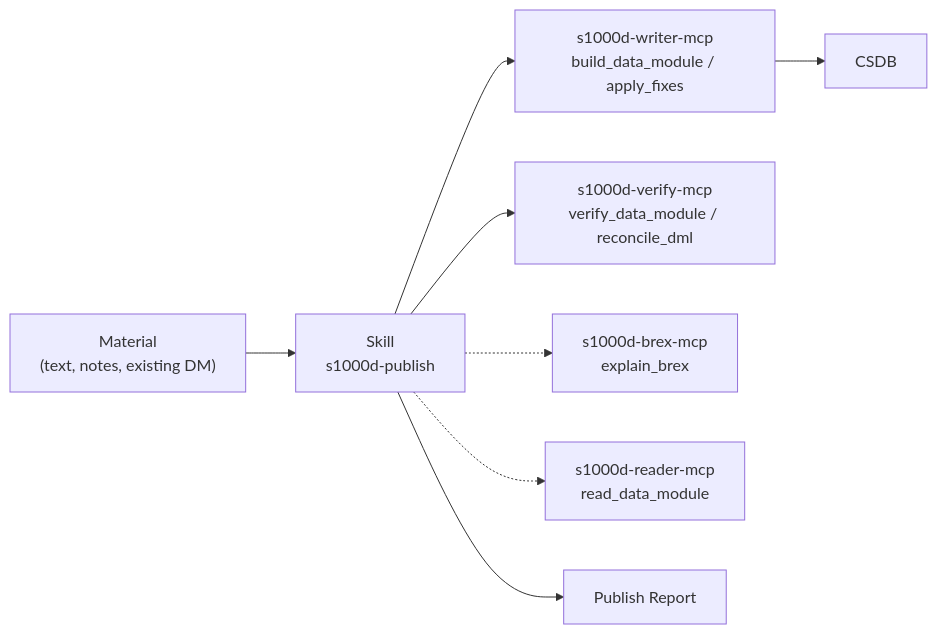
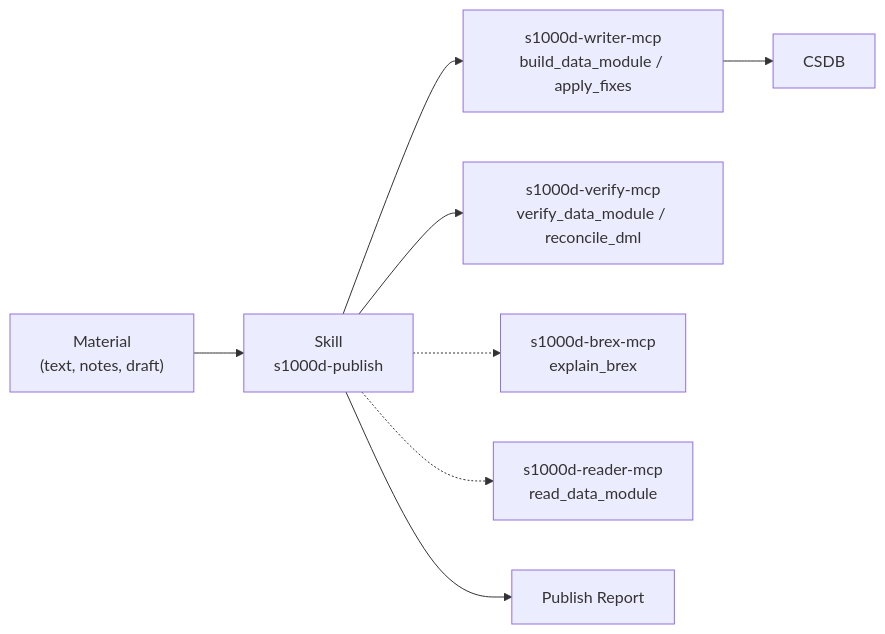
Before and after one commit to shuji-bonji/s1000d-publish-skill: the diagram in README.md, drawn with Mermaid. The commit also changed other lines of this file and 5 other files, not shown here.

````diff
--- a/README.md
+++ b/README.md
@@ -17,10 +17,10 @@
 ```mermaid
 flowchart LR
-  D["Material<br/>(text, notes, existing DM)"] --> S["Skill<br/>s1000d-publish"]
+  D["Material<br/>(text, notes, draft)"] --> S["Skill<br/>s1000d-publish"]
   S --> W["s1000d-writer-mcp<br/>build_data_module / apply_fixes"]
   S --> V["s1000d-verify-mcp<br/>verify_data_module / reconcile_dml"]
   S -.-> B["s1000d-brex-mcp<br/>explain_brex"]
   S -.-> R["s1000d-reader-mcp<br/>read_data_module"]
   W --> C["CSDB"]
   S --> P["Publish Report"]
 ```
````
